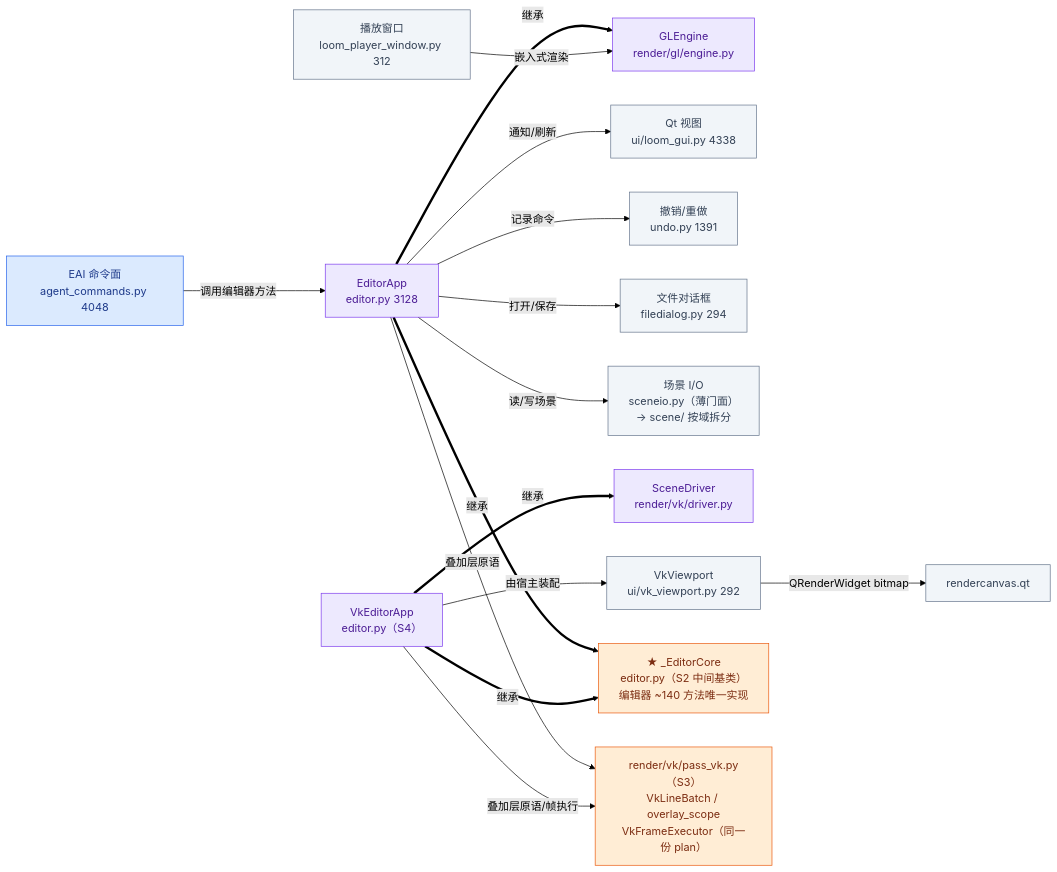
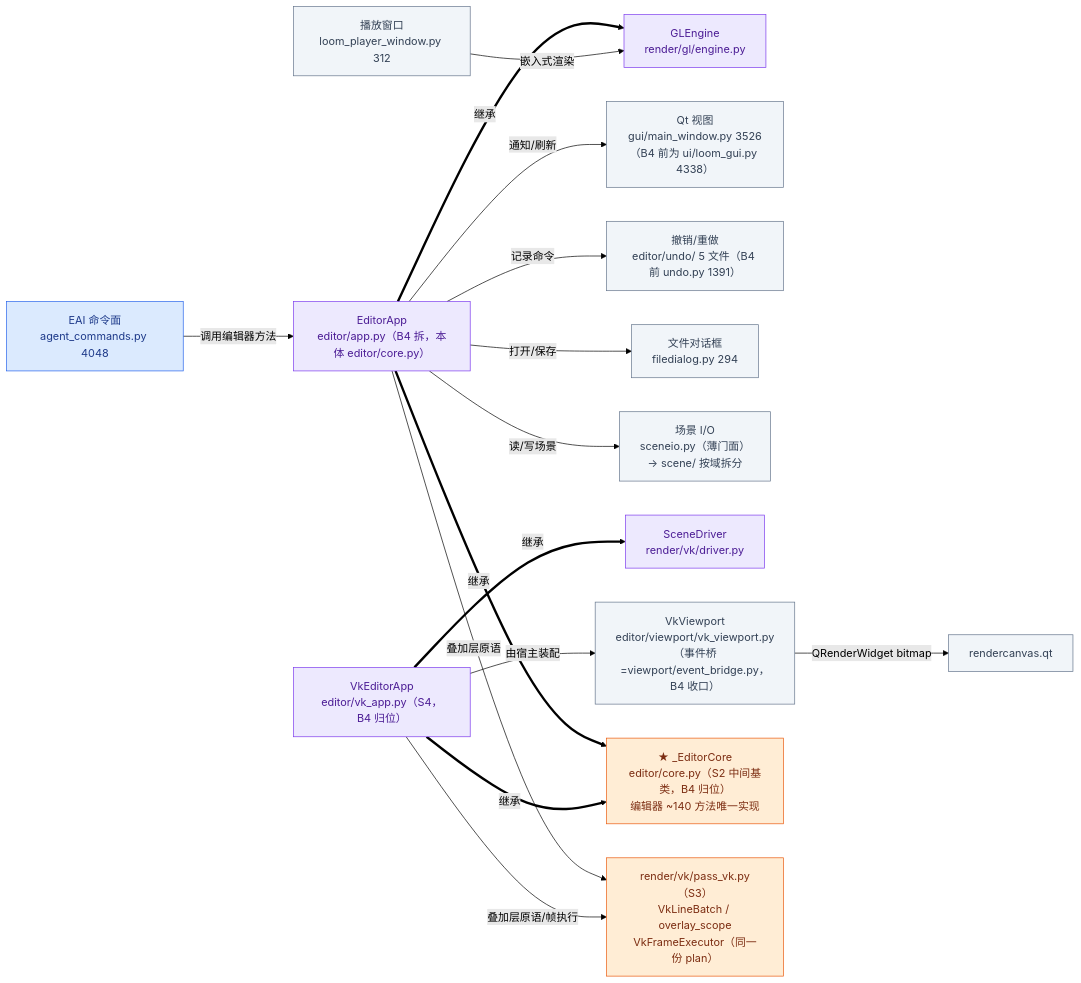
Before and after one commit to lhy302/WeaveEngine: the ninth of 23 diagrams in ARCHITECTURE.md, drawn with Mermaid (forest theme). The commit also changed other lines of this file and 75 other files, not shown here.

````diff
--- a/ARCHITECTURE.md
+++ b/ARCHITECTURE.md
@@ -409,34 +409,34 @@
 ```mermaid
 flowchart LR
-  ED["EditorApp<br/>editor.py 3128"]:::facade
+  ED["EditorApp<br/>editor/app.py（B4 拆，本体 editor/core.py）"]:::facade
   GE["GLEngine<br/>render/gl/engine.py"]:::facade
-  V["Qt 视图<br/>ui/loom_gui.py 4338"]:::file
-  U["撤销/重做<br/>undo.py 1391"]:::file
+  V["Qt 视图<br/>gui/main_window.py 3526<br/>（B4 前为 ui/loom_gui.py 4338）"]:::file
+  U["撤销/重做<br/>editor/undo/ 5 文件（B4 前 undo.py 1391）"]:::file
   EAI["EAI 命令面<br/>agent_commands.py 4048"]:::entry
   FD["文件对话框<br/>filedialog.py 294"]:::file
   PW["播放窗口<br/>loom_player_window.py 312"]:::file
   S["场景 I/O<br/>sceneio.py（薄门面）<br/>→ scene/ 按域拆分"]:::file
   ED ==>|继承| GE
   ED -->|通知/刷新| V
-  VKE["VkEditorApp<br/>editor.py（S4）"]:::facade
+  VKE["VkEditorApp<br/>editor/vk_app.py（S4，B4 归位）"]:::facade
   SDV["SceneDriver<br/>render/vk/driver.py"]:::facade
-  VKV["VkViewport<br/>ui/vk_viewport.py 292"]:::file
-  COR["★ _EditorCore<br/>editor.py（S2 中间基类）<br/>编辑器 ~140 方法唯一实现"]:::contract
+  VKV["VkViewport<br/>editor/viewport/vk_viewport.py<br/>（事件桥=viewport/event_bridge.py，B4 收口）"]:::file
+  COR["★ _EditorCore<br/>editor/core.py（S2 中间基类，B4 归位）<br/>编辑器 ~140 方法唯一实现"]:::contract
   LPV["render/vk/pass_vk.py（S3）<br/>VkLineBatch / overlay_scope<br/>VkFrameExecutor（同一份 plan）"]:::contract
   ED ==>|继承| COR
   VKE ==>|继承| COR
   VKE ==>|继承| SDV
   VKE -->|由宿主装配| VKV
   VKV -->|QRenderWidget bitmap| VKW["rendercanvas.qt"]:::file
   ED -->|叠加层原语| LPV
   VKE -->|叠加层原语/帧执行| LPV
   ED -->|记录命令| U
   EAI -->|调用编辑器方法| ED
   ED -->|打开/保存| FD
   ED -->|读/写场景| S
   PW -->|嵌入式渲染| GE
   classDef entry fill:#dbeafe,stroke:#2563eb,color:#1e3a8a
   classDef facade fill:#ede9fe,stroke:#7c3aed,color:#4c1d95
   classDef file fill:#f1f5f9,stroke:#64748b,color:#334155
   classDef contract fill:#ffedd5,stroke:#ea580c,color:#7c2d12
 ```
````
